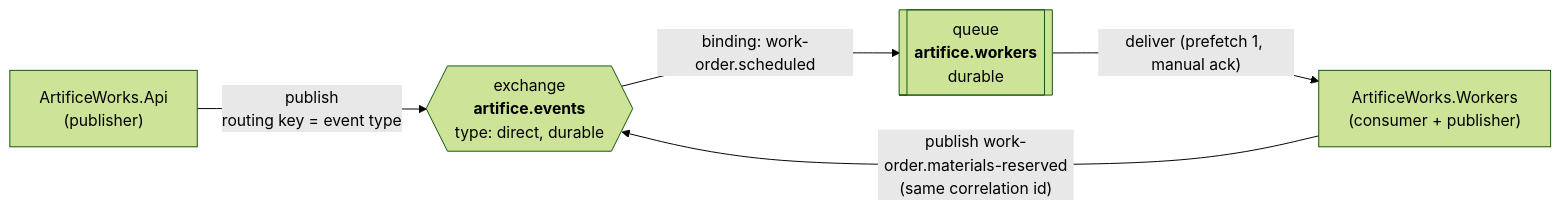
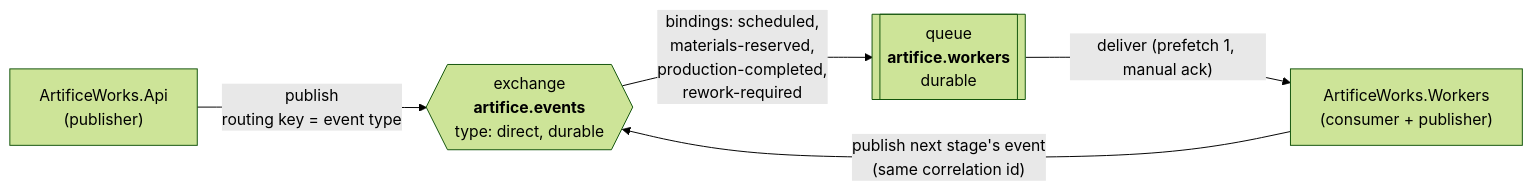
One commit to hmcenhill/ArtificeWorks changed the first of 3 diagrams in docs/messaging-topology.md. Above: the diagram before and after it, drawn with Mermaid (forest theme). The commit also changed other lines of this file and 54 other files, not shown here.

````diff
--- a/docs/messaging-topology.md
+++ b/docs/messaging-topology.md
@@ -11,12 +11,12 @@
 ```mermaid
 flowchart LR
     api["ArtificeWorks.Api<br/>(publisher)"]
     ex{{"exchange<br/><b>artifice.events</b><br/>type: direct, durable"}}
     q[["queue<br/><b>artifice.workers</b><br/>durable"]]
     worker["ArtificeWorks.Workers<br/>(consumer + publisher)"]
 
     api -- "publish<br/>routing key = event type" --> ex
-    ex -- "binding: work-order.scheduled" --> q
+    ex -- "bindings: scheduled,<br/>materials-reserved,<br/>production-completed,<br/>rework-required" --> q
     q -- "deliver (prefetch 1, manual ack)" --> worker
-    worker -- "publish work-order.materials-reserved<br/>(same correlation id)" --> ex
+    worker -- "publish next stage's event<br/>(same correlation id)" --> ex
 ```
````
